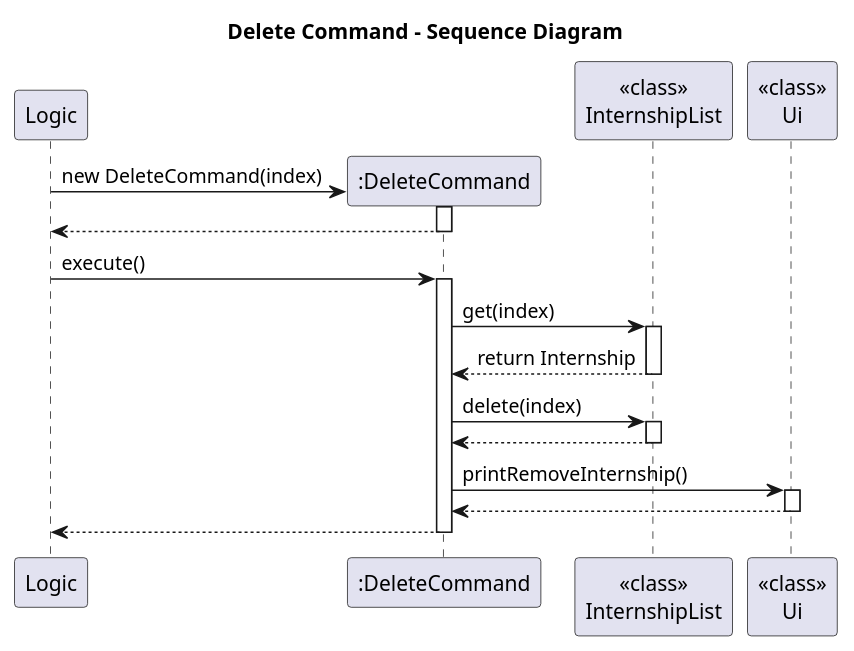
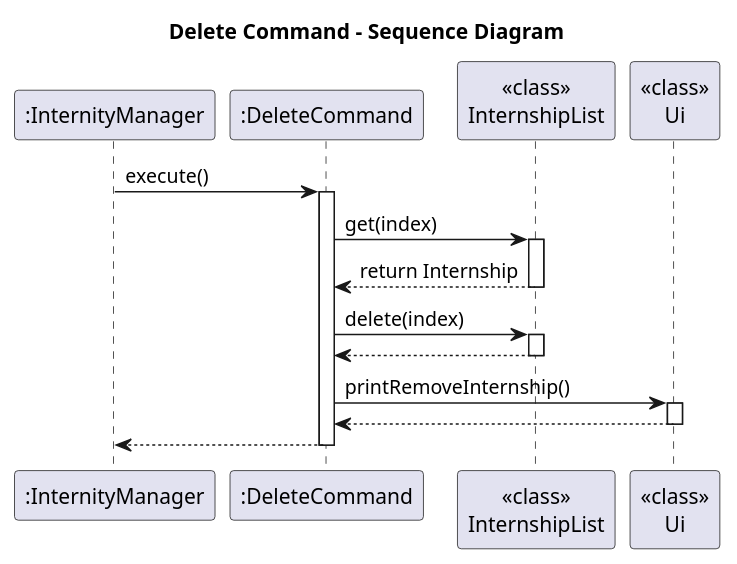
Before and after one commit to AY2526S1-CS2113-W14-4/tp: the diagram in docs/diagrams/DeleteCommandSD.puml, drawn with PlantUML. The commit also changed 15 other files, not shown here.

Commit message:
Fix more UML diagrams

```diff
--- a/docs/diagrams/DeleteCommandSD.puml
+++ b/docs/diagrams/DeleteCommandSD.puml
@@ -1,37 +1,34 @@
 @startuml
 title Delete Command - Sequence Diagram
 
-participant Logic
-create ":DeleteCommand" as DC
+participant ":InternityManager" as Logic
+participant ":DeleteCommand" as DC
 participant "<<class>>\nInternshipList" as IL
 participant "<<class>>\nUi" as UI
 
-Logic -> DC**: new DeleteCommand(index)
-activate DC
-return
-deactivate DC
+
 
 Logic -> DC: execute()
 activate DC
 
 DC -> IL: get(index)
 activate IL
 IL --> DC: return Internship
 deactivate IL
 
 DC -> IL: delete(index)
 activate IL
 
 IL --> DC
 deactivate IL
 
 DC -> UI: printRemoveInternship()
 activate UI
 UI --> DC
 deactivate UI
 
 
 DC --> Logic
 deactivate DC
 
 @enduml
```
